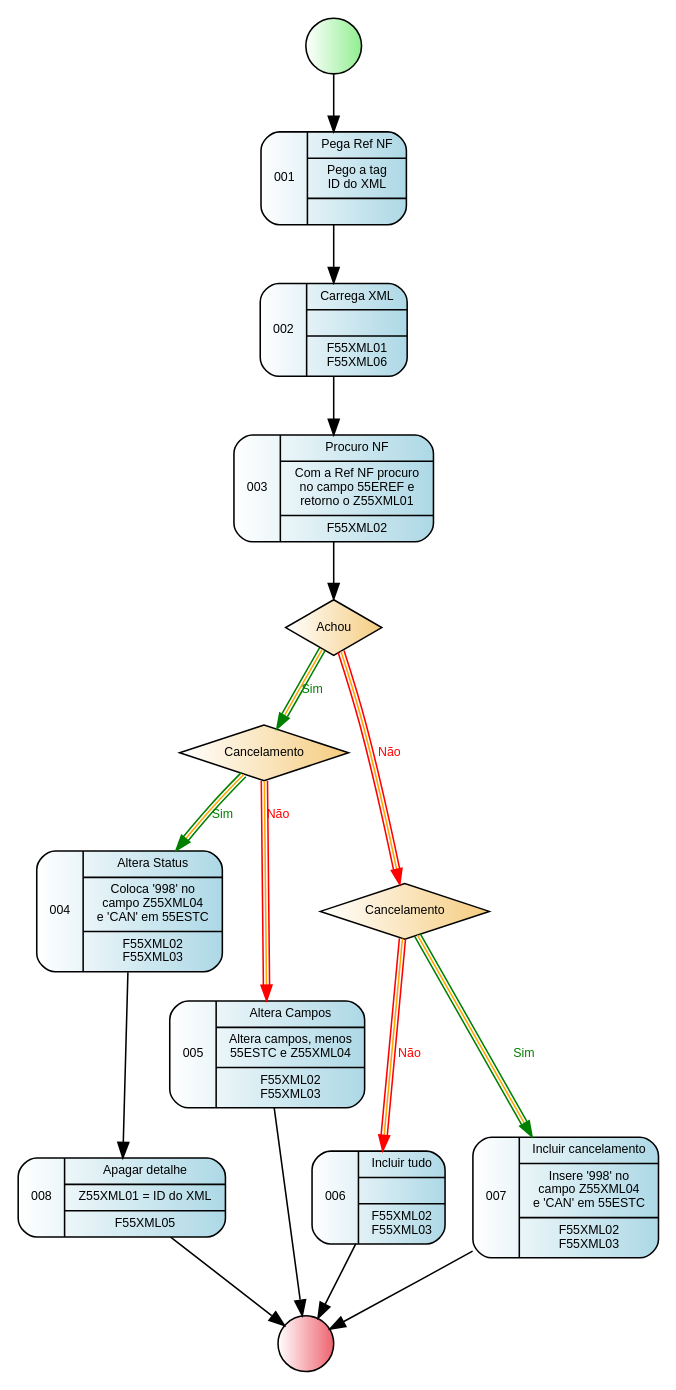
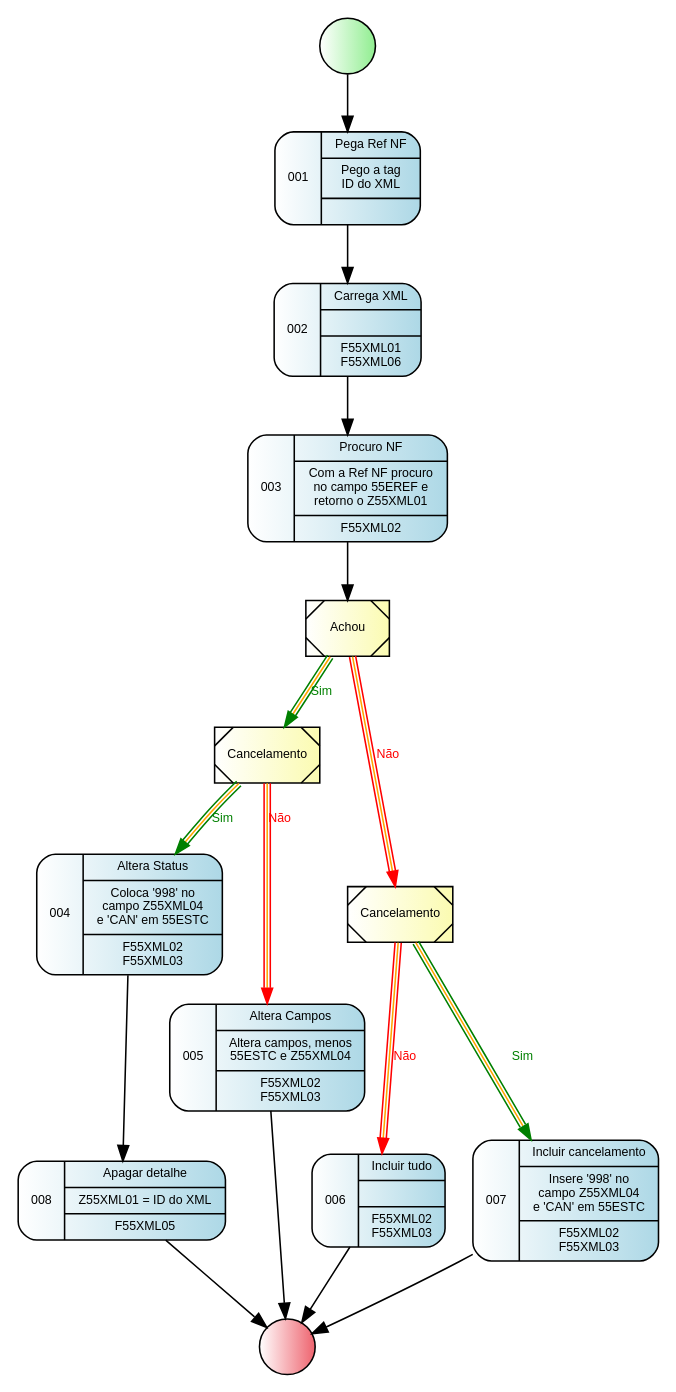
One commit to GiovaniPM/Graphs changed the diagram in XML Process.gv. Above: the diagram before and after it, drawn with Graphviz. The commit also changed 1 other file, not shown here.

```diff
--- a/XML Process.gv
+++ b/XML Process.gv
@@ -1,117 +1,117 @@
 digraph R {
     nodeini [
                 shape=circle,
                 style="filled",
                 fillcolor="white:lightgreen",
                 label=""
             ]
     node001 [
                 fontname = "Arial",
                 fontsize = 8,
                 shape=record,
                 style="rounded,filled",
                 fillcolor="white:lightblue"
                 label="001|{Pega Ref NF|Pego a tag\n ID do XML|}"
             ]
     node002 [
                 fontname = "Arial",
                 fontsize = 8,
                 shape=record,
                 style="rounded,filled",
                 fillcolor="white:lightblue"
                 label="002|{Carrega XML||F55XML01\nF55XML06}"
             ]
     node003 [
                 fontname = "Arial",
                 fontsize = 8,
                 shape=record,
                 style="rounded,filled",
                 fillcolor="white:lightblue"
                 label="003|{Procuro NF|Com a Ref NF procuro\nno campo 55EREF e\nretorno o Z55XML01|F55XML02}"
             ]
     node004 [
                 fontname = "Arial",
                 fontsize = 8,
                 shape=record,
                 style="rounded,filled",
                 fillcolor="white:lightblue"
                 label="004|{Altera Status|Coloca '998' no\ncampo Z55XML04\ne 'CAN' em 55ESTC|F55XML02\nF55XML03}"
             ]
     node005 [
                 fontname = "Arial",
                 fontsize = 8,
                 shape=record,
                 style="rounded,filled",
                 fillcolor="white:lightblue"
                 label="005|{Altera Campos|Altera campos, menos\n55ESTC e Z55XML04|F55XML02\nF55XML03}"
             ]
     node006 [
                 fontname = "Arial",
                 fontsize = 8,
                 shape=record,
                 style="rounded,filled",
                 fillcolor="white:lightblue"
                 label="006|{Incluir tudo||F55XML02\nF55XML03}"
             ]
     node007 [
                 fontname = "Arial",
                 fontsize = 8,
                 shape=record,
                 style="rounded,filled",
                 fillcolor="white:lightblue"
                 label="007|{Incluir cancelamento|Insere '998' no\ncampo Z55XML04\ne 'CAN' em 55ESTC|F55XML02\nF55XML03}"
             ]
     node008 [
                 fontname = "Arial",
                 fontsize = 8,
                 shape=record,
                 style="rounded,filled",
                 fillcolor="white:lightblue"
                 label="008|{Apagar detalhe|Z55XML01 = ID do XML|F55XML05}"
             ]
     node010 [
                 fontname = "Arial",
                 fontsize = 8,
-                fillcolor="white:#f5cc7f",
-                style="filled",
-                shape=diamond
+                shape=record,
+                style="diagonals,filled",
+                fillcolor="white:#fbfbb1"
                 label="Achou"
             ]
     node011 [
                 fontname = "Arial",
                 fontsize = 8,
-                fillcolor="white:#f5cc7f",
-                style="filled",
-                shape=diamond
+                shape=record,
+                style="diagonals,filled",
+                fillcolor="white:#fbfbb1"
                 label="Cancelamento"
             ]
     node012 [
                 fontname = "Arial",
                 fontsize = 8,
-                fillcolor="white:#f5cc7f",
-                style="filled",
-                shape=diamond
+                shape=record,
+                style="diagonals,filled",
+                fillcolor="white:#fbfbb1"
                 label="Cancelamento"
             ]
     nodefin [
                 shape=circle,
                 style="filled",
                 fillcolor="white:#ee636e",
                 label=""
             ]
     nodeini -> node001
     node001 -> node002
     node002 -> node003
     node003 -> node010
     node010 -> node011 [fontname = "Arial", fontsize = 8, fontcolor="green", color="green:orange:green", label="Sim"]
     node010 -> node012 [fontname = "Arial", fontsize = 8, fontcolor="red", color="red:orange:red", label="Não"]
     node011 -> node004 [fontname = "Arial", fontsize = 8, fontcolor="green", color="green:orange:green", label="Sim"]
     node011 -> node005 [fontname = "Arial", fontsize = 8, fontcolor="red", color="red:orange:red", label="Não"]
     node004 -> node008
     node012 -> node007 [fontname = "Arial", fontsize = 8, fontcolor="green", color="green:orange:green", label="Sim"]
     node012 -> node006 [fontname = "Arial", fontsize = 8, fontcolor="red", color="red:orange:red", label="Não"]
     node008 -> nodefin
     node006 -> nodefin
     node005 -> nodefin
     node007 -> nodefin
 }
```
